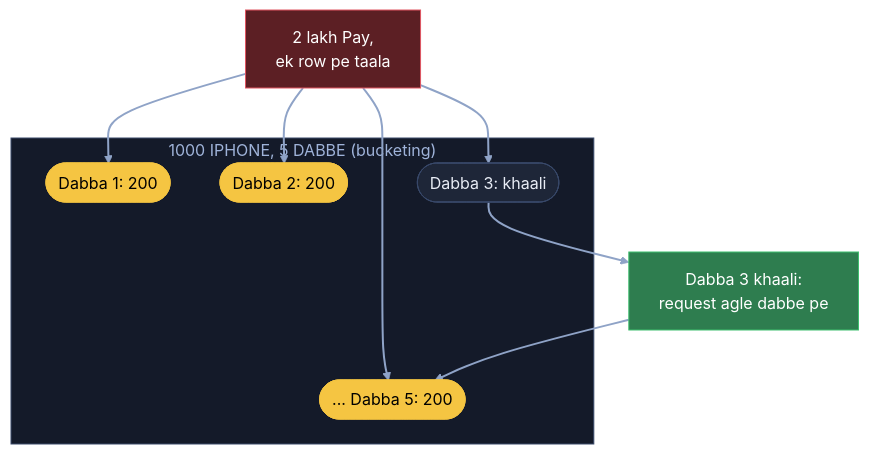
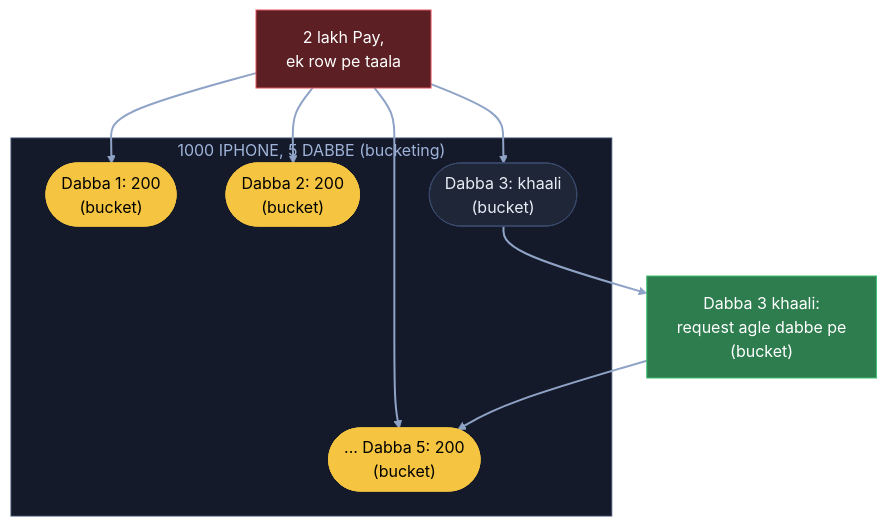
One commit to ArpanMaheshwari144/Prep changed the second of 8 diagrams in 04_HLD/SYSTEM_DESIGNS/21_inventory_system/21_inventory_system.md. Above: the diagram before and after it, drawn with Mermaid (neutral theme). The commit also changed other lines of this file and 22 other files, not shown here.

Commit message:
Diagram: sirf kahani ke dohraaye shabd pe bracket, us jagah notes wala matlab (207 label)

````diff
--- a/04_HLD/SYSTEM_DESIGNS/21_inventory_system/21_inventory_system.md
+++ b/04_HLD/SYSTEM_DESIGNS/21_inventory_system/21_inventory_system.md
@@ -129,23 +129,23 @@
 ```mermaid
 flowchart TB
     X["2 lakh Pay,<br/>ek row pe taala"]:::bad
     subgraph BK["1000 IPHONE, 5 DABBE (bucketing)"]
-        B1(["Dabba 1: 200"]):::pill
-        B2(["Dabba 2: 200"]):::pill
-        B3(["Dabba 3: khaali"]):::card
-        B5(["... Dabba 5: 200"]):::pill
+        B1(["Dabba 1: 200<br/>(bucket)"]):::pill
+        B2(["Dabba 2: 200<br/>(bucket)"]):::pill
+        B3(["Dabba 3: khaali<br/>(bucket)"]):::card
+        B5(["... Dabba 5: 200<br/>(bucket)"]):::pill
     end
-    M["Dabba 3 khaali:<br/>request agle dabbe pe"]:::good
+    M["Dabba 3 khaali:<br/>request agle dabbe pe<br/>(bucket)"]:::good
     X --> B1
     X --> B2
     X --> B3
     X --> B5
     B3 --> M
     M --> B5
     linkStyle default stroke:#8fa3c7,stroke-width:2px
     classDef card fill:#1e2638,stroke:#3a4a6b,color:#e8ecf5
     classDef pill fill:#f5c542,stroke:#f5c542,color:#000
     classDef good fill:#2e7d4f,stroke:#3fbf6f,color:#fff
     classDef bad fill:#5c1f24,stroke:#e05561,color:#fff
     style BK fill:#141a29,stroke:#3a4a6b,color:#9fb3d9
 ```
````
